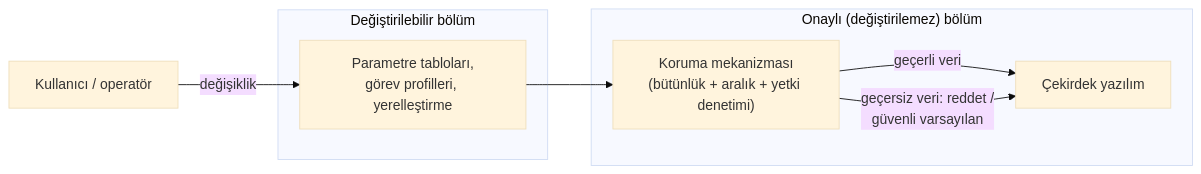
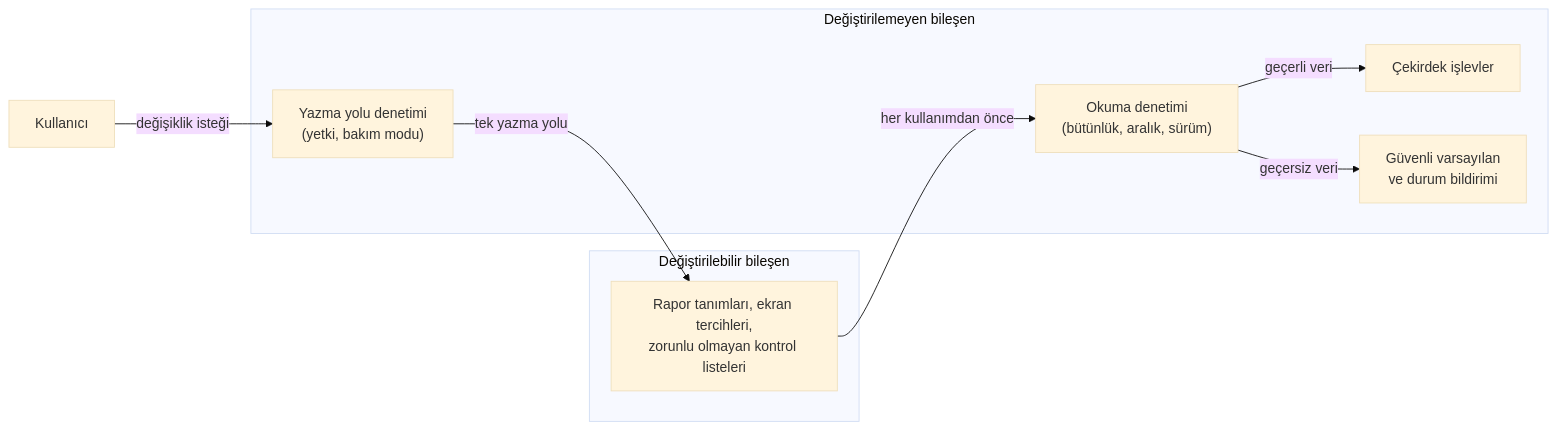
The diagram in kitap/05-ozel-konular/19-kullanici-tarafindan-degistirilebilir-yazilim.md (Mavrikant/aviyonikyazilim), drawn with Mermaid (base theme) before and after one commit. The commit also changed other lines of this file and 35 other files, not shown here.

````diff
--- a/kitap/05-ozel-konular/19-kullanici-tarafindan-degistirilebilir-yazilim.md
+++ b/kitap/05-ozel-konular/19-kullanici-tarafindan-degistirilebilir-yazilim.md
@@ -65,14 +175,18 @@
 ```mermaid
 flowchart LR
-  subgraph onayli["Onaylı (değiştirilemez) bölüm"]
-    K["Çekirdek yazılım"]
-    KM["Koruma mekanizması<br/>(bütünlük + aralık + yetki denetimi)"]
+  U["Kullanıcı"]
+  subgraph ums["Değiştirilebilir bileşen"]
+    P["Rapor tanımları, ekran tercihleri,<br/>zorunlu olmayan kontrol listeleri"]
   end
-  subgraph ums["Değiştirilebilir bölüm"]
-    P["Parametre tabloları,<br/>görev profilleri, yerelleştirme"]
+  subgraph onayli["Değiştirilemeyen bileşen"]
+    Y["Yazma yolu denetimi<br/>(yetki, bakım modu)"]
+    KM["Okuma denetimi<br/>(bütünlük, aralık, sürüm)"]
+    K["Çekirdek işlevler"]
+    V["Güvenli varsayılan<br/>ve durum bildirimi"]
   end
-  U["Kullanıcı / operatör"] -->|"değişiklik"| P
-  P --> KM
-  KM -->|"geçerli veri"| K
-  KM -->|"geçersiz veri: reddet /<br/>güvenli varsayılan"| K
+  U -- "değişiklik isteği" --> Y
+  Y -- "tek yazma yolu" --> P
+  P -- "her kullanımdan önce" --> KM
+  KM -- "geçerli veri" --> K
+  KM -- "geçersiz veri" --> V
 ```
````
